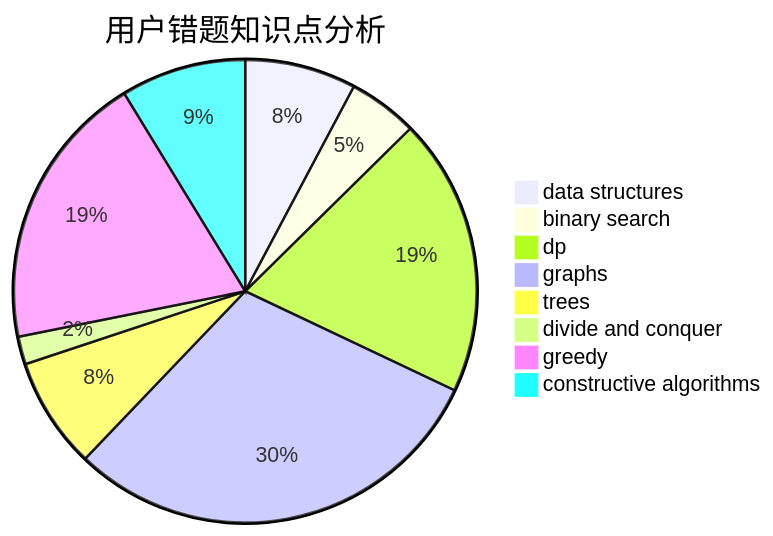
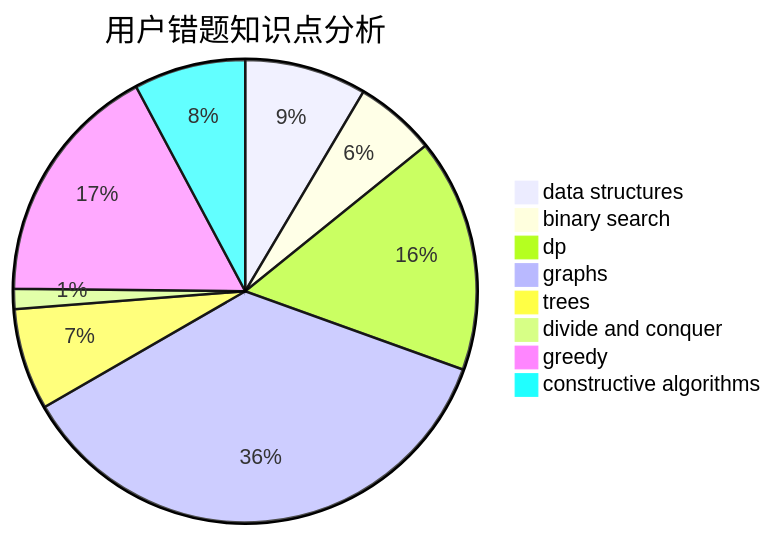
One commit to sherpahu/cfrs.github.io changed the third of 3 diagrams in docs/user/u452.md. Above: the diagram before and after it, drawn with Mermaid. The commit also changed other lines of this file and 2770 other files, not shown here.

````diff
--- a/docs/user/u452.md
+++ b/docs/user/u452.md
@@ -36,11 +36,11 @@
 ```mermaid
 pie title 用户错题知识点分析
-    "data structures" :  8
-    "binary search" :  5
-    "dp" :  20
-    "graphs" :  31
-    "trees" :  8
+    "data structures" :  12
+    "binary search" :  8
+    "dp" :  23
+    "graphs" :  51
+    "trees" :  10
     "divide and conquer" :  2
-    "greedy" :  20
-    "constructive algorithms" :  9
+    "greedy" :  24
+    "constructive algorithms" :  11
 ```
````
